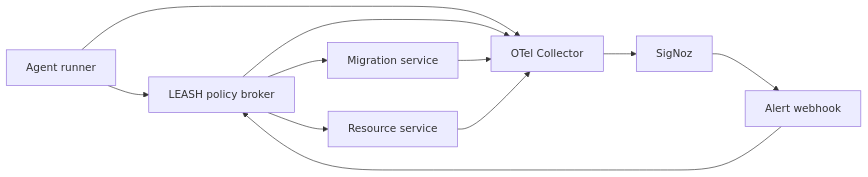
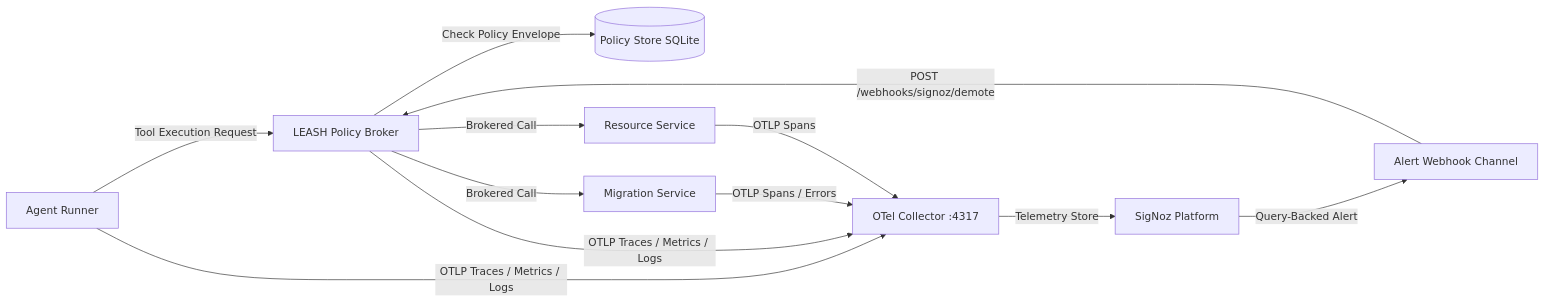
The diagram in README.md (Vaibhav13Shukla/LEASH), drawn with Mermaid before and after one commit. The commit also changed other lines of this file, not shown here.

Commit message:
docs: overhaul README with judge feedback, 30s demo breakdown, 403 denial callout, and telemetry matrix

````diff
--- a/README.md
+++ b/README.md
@@ -16,13 +57,14 @@
 ```mermaid
 flowchart LR
-    A[Agent runner] --> B[LEASH policy broker]
-    B --> M[Migration service]
-    B --> R[Resource service]
-    A --> O[OTel Collector]
-    B --> O
-    M --> O
-    R --> O
-    O --> S[SigNoz]
-    S --> W[Alert webhook]
-    W --> B
+    A[Agent Runner] -->|Tool Execution Request| B[LEASH Policy Broker]
+    B -->|Check Policy Envelope| DB[(Policy Store SQLite)]
+    B -->|Brokered Call| M[Migration Service]
+    B -->|Brokered Call| R[Resource Service]
+    A -->|OTLP Traces / Metrics / Logs| O[OTel Collector :4317]
+    B -->|OTLP Traces / Metrics / Logs| O
+    M -->|OTLP Spans / Errors| O
+    R -->|OTLP Spans| O
+    O -->|Telemetry Store| S[SigNoz Platform]
+    S -->|Query-Backed Alert| W[Alert Webhook Channel]
+    W -->|POST /webhooks/signoz/demote| B
 ```
````
